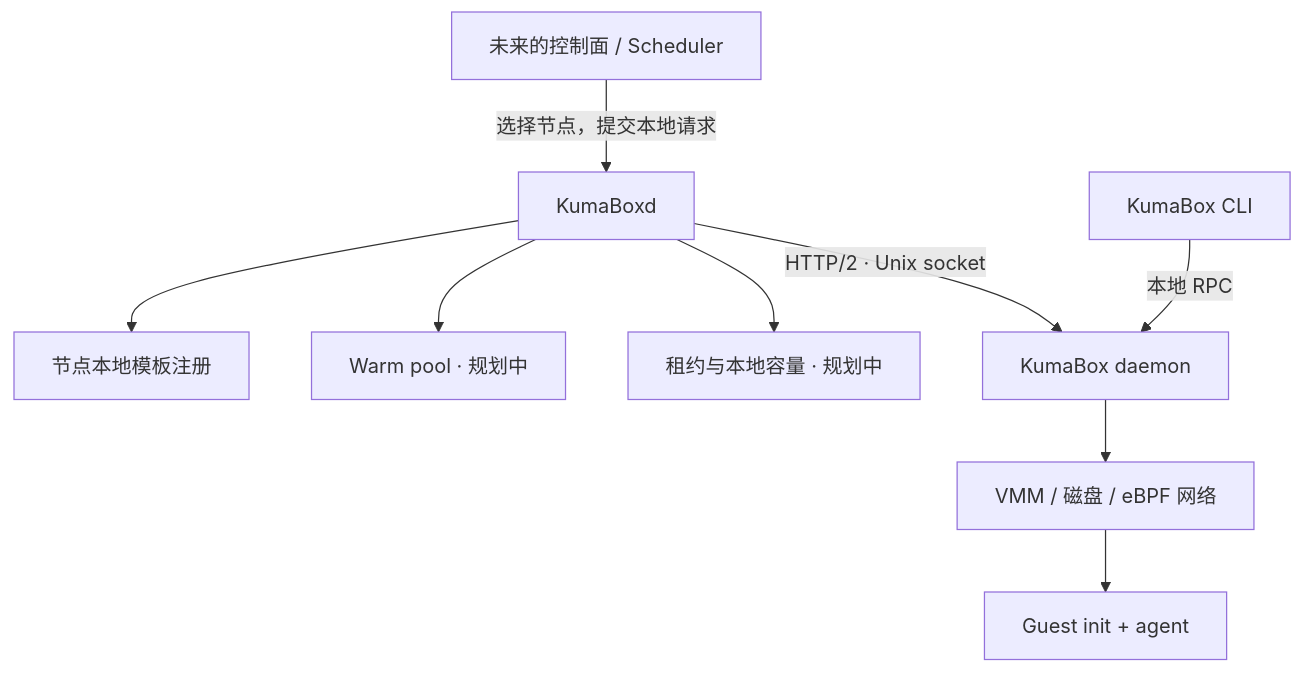
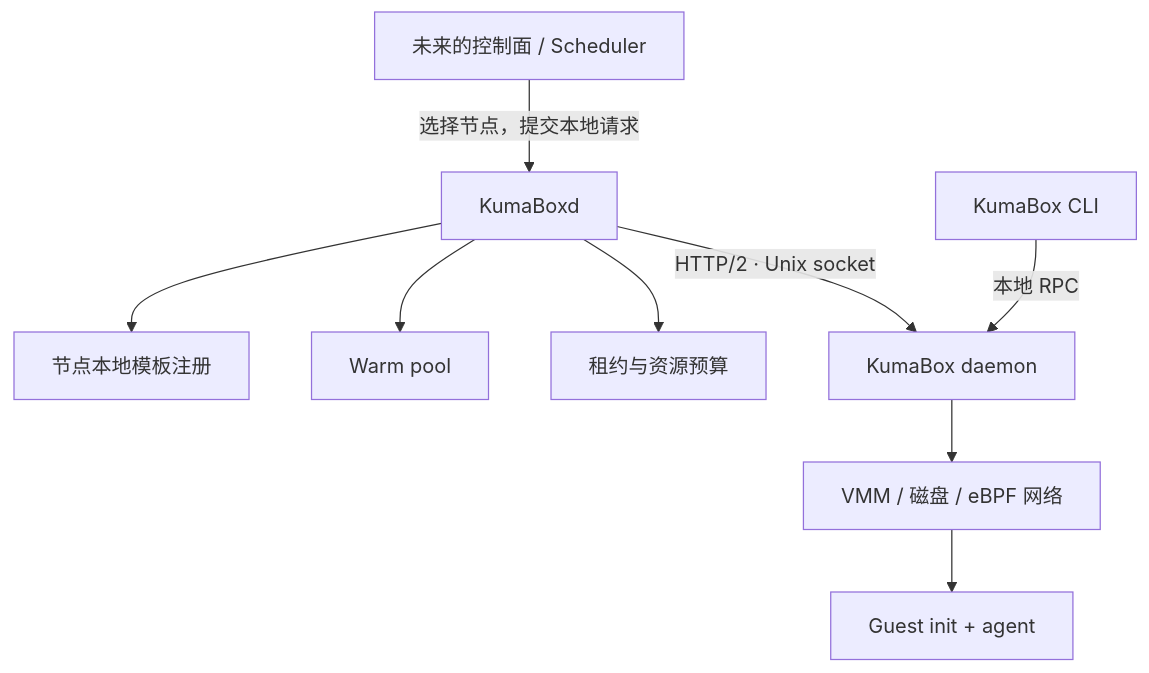
The diagram in README.md (kgpp34/KumaBoxd), drawn with Mermaid before and after one commit. The commit also changed other lines of this file and 22 other files, not shown here.

Commit message:
feat(pool): add durable warm inventory and leases

````diff
--- a/README.md
+++ b/README.md
@@ -14,11 +14,11 @@
 ```mermaid
 flowchart TD
     Control[未来的控制面 / Scheduler] -->|选择节点，提交本地请求| Node[KumaBoxd]
     Node --> Templates[节点本地模板注册]
-    Node --> Pool[Warm pool · 规划中]
-    Node --> Leases[租约与本地容量 · 规划中]
+    Node --> Pool[Warm pool]
+    Node --> Leases[租约与资源预算]
     Node -->|HTTP/2 · Unix socket| Runtime[KumaBox daemon]
     CLI[KumaBox CLI] -->|本地 RPC| Runtime
     Runtime --> VMM[VMM / 磁盘 / eBPF 网络]
     VMM --> Guest[Guest init + agent]
 ```
````
